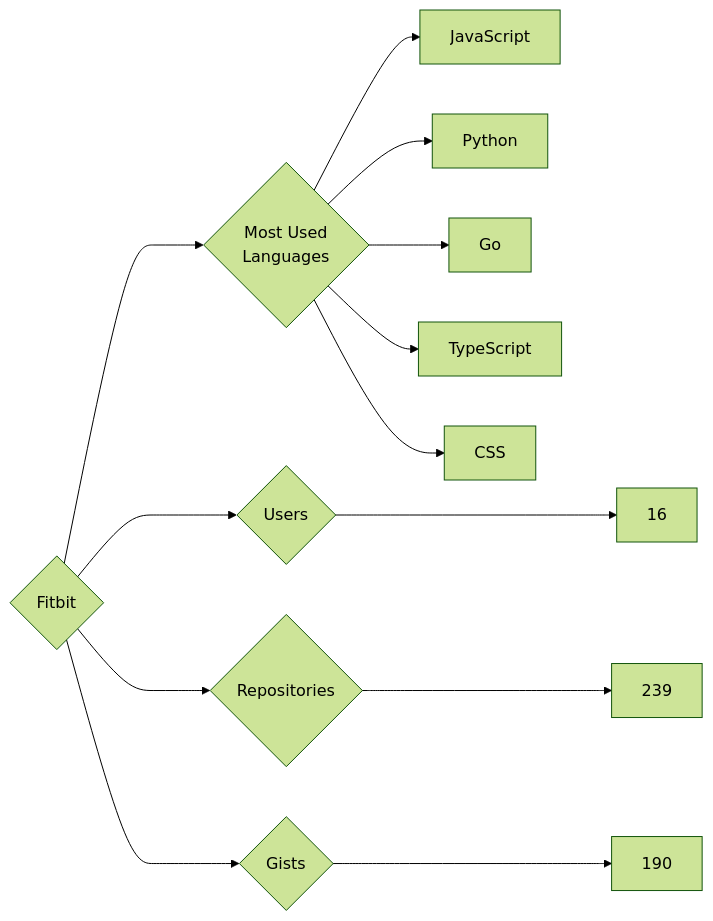
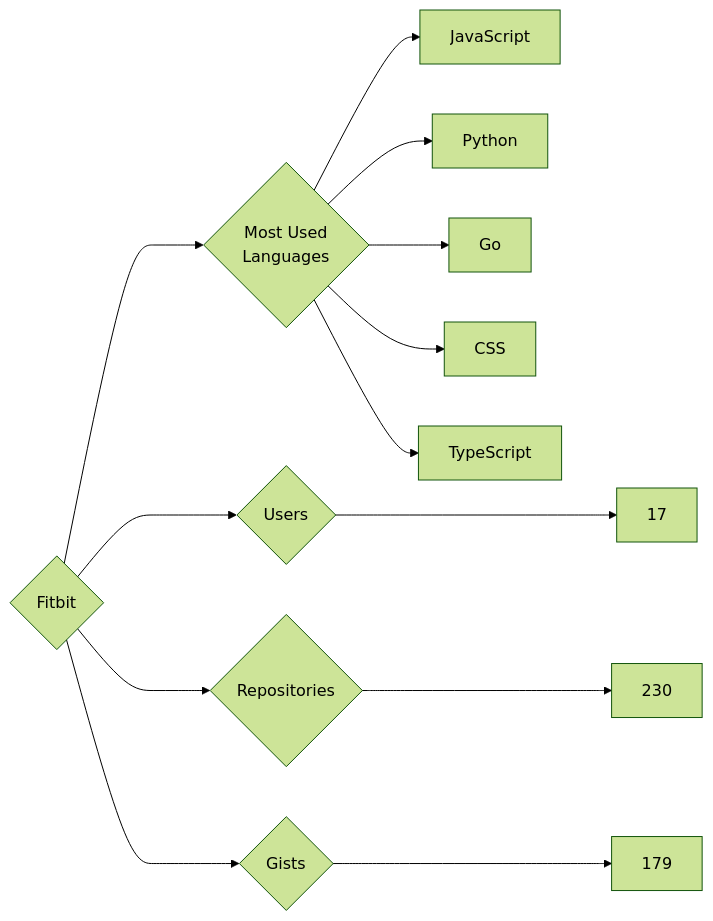
One commit to trickest/insiders changed the diagram in targets/Fitbit/README.md. Above: the diagram before and after it, drawn with Mermaid (forest theme). The commit also changed 845 other files, not shown here.

````diff
--- a/targets/Fitbit/README.md
+++ b/targets/Fitbit/README.md
@@ -3,13 +3,13 @@
 ```mermaid
 graph LR
 COMPANY_NAME{Fitbit}
-COMPANY_NAME ---> U{Users} ---> UN[16]
-COMPANY_NAME ---> R{Repositories} ---> RN[239]
-COMPANY_NAME ---> G{Gists} ---> GN[190]
+COMPANY_NAME ---> U{Users} ---> UN[17]
+COMPANY_NAME ---> R{Repositories} ---> RN[230]
+COMPANY_NAME ---> G{Gists} ---> GN[179]
 COMPANY_NAME ---> ML{Most Used<br>Languages}
 ML --> JavaScript[JavaScript]
 ML --> Python[Python]
 ML --> Go[Go]
+ML --> CSS[CSS]
 ML --> TypeScript[TypeScript]
-ML --> CSS[CSS]
 ```
````
